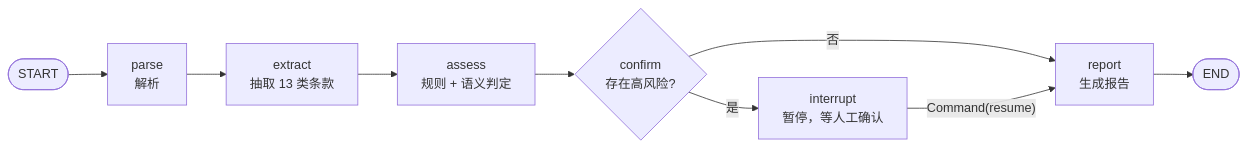
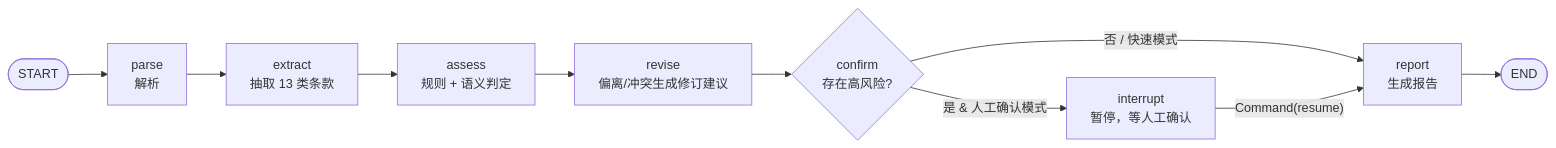
One commit to Chenchengg77/contract-review-agent changed the second of 2 diagrams in README.md. Above: the diagram before and after it, drawn with Mermaid. The commit also changed other lines of this file and 7 other files, not shown here.

First line of the commit message:
refactor: 审查主链路改为 LangGraph 状态图（快速 + 人工确认共用一套节点）

````diff
--- a/README.md
+++ b/README.md
@@ -130,11 +132,12 @@
 ```mermaid
 flowchart LR
     S([START]) --> P["parse<br/>解析"]
     P --> E["extract<br/>抽取 13 类条款"]
     E --> A["assess<br/>规则 + 语义判定"]
-    A --> C{"confirm<br/>存在高风险?"}
-    C -- 否 --> R["report<br/>生成报告"]
-    C -- 是 --> I["interrupt<br/>暂停，等人工确认"]
+    A --> RV["revise<br/>偏离/冲突生成修订建议"]
+    RV --> C{"confirm<br/>存在高风险?"}
+    C -- "否 / 快速模式" --> R["report<br/>生成报告"]
+    C -- "是 & 人工确认模式" --> I["interrupt<br/>暂停，等人工确认"]
     I -- "Command(resume)" --> R
     R --> EN([END])
 ```
````
